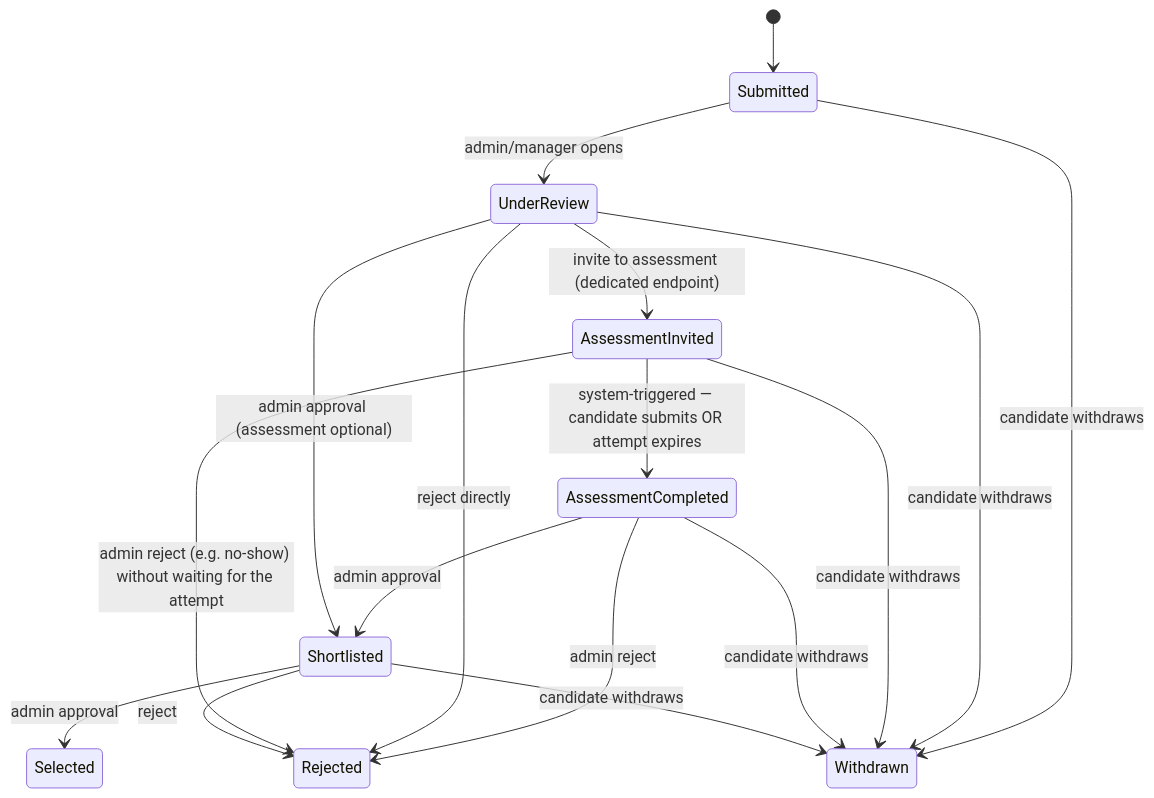
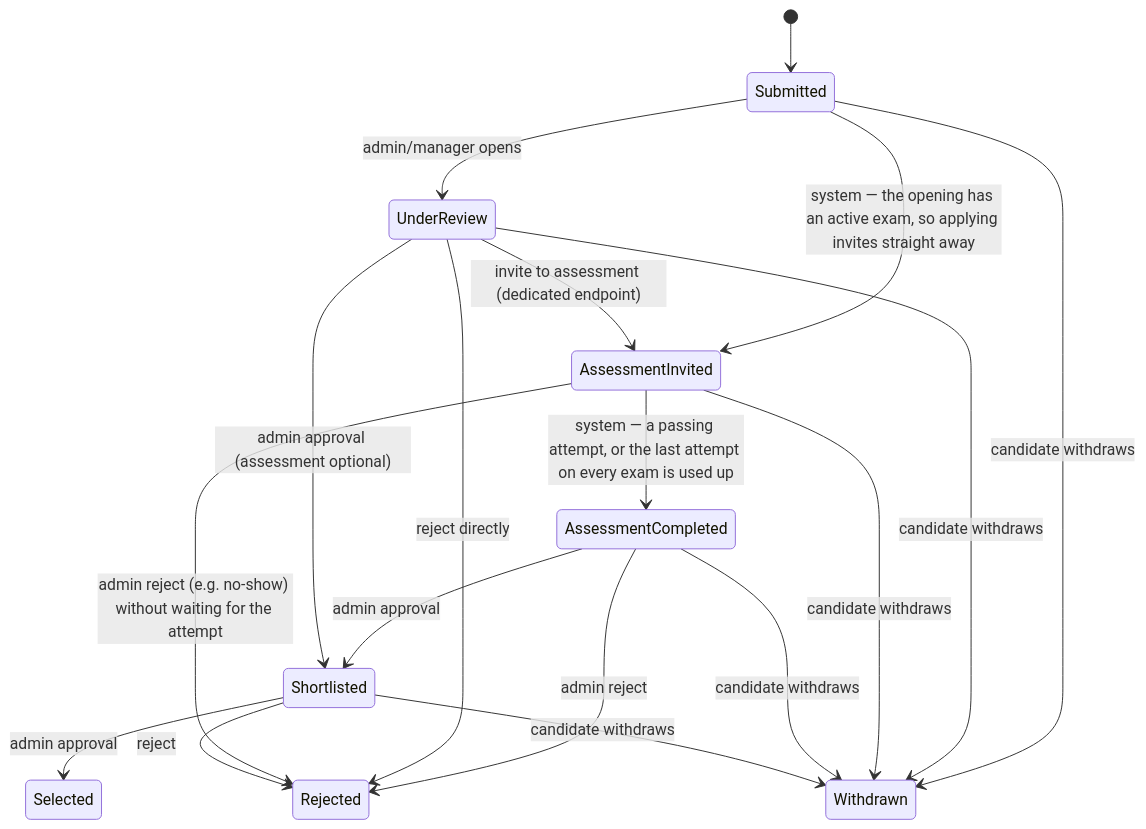
One commit to vaibhavpetkar/inveontechnologies-website changed the second of 3 diagrams in docs/state-machines.md. Above: the diagram before and after it, drawn with Mermaid. The commit also changed other lines of this file and 26 other files, not shown here.

````diff
--- a/docs/state-machines.md
+++ b/docs/state-machines.md
@@ -18,19 +18,20 @@
 ```mermaid
 stateDiagram-v2
     [*] --> Submitted
     Submitted --> UnderReview: admin/manager opens
+    Submitted --> AssessmentInvited: system — the opening has an active exam, so applying invites straight away
     UnderReview --> AssessmentInvited: invite to assessment (dedicated endpoint)
-    AssessmentInvited --> AssessmentCompleted: system-triggered — candidate submits OR attempt expires
+    AssessmentInvited --> AssessmentCompleted: system — a passing attempt, or the last attempt on every exam is used up
     AssessmentCompleted --> Shortlisted: admin approval
     AssessmentCompleted --> Rejected: admin reject
     UnderReview --> Shortlisted: admin approval (assessment optional)
     UnderReview --> Rejected: reject directly
     AssessmentInvited --> Rejected: admin reject (e.g. no-show) without waiting for the attempt
     Shortlisted --> Selected: admin approval
     Shortlisted --> Rejected: reject
     Submitted --> Withdrawn: candidate withdraws
     UnderReview --> Withdrawn: candidate withdraws
     AssessmentInvited --> Withdrawn: candidate withdraws
     AssessmentCompleted --> Withdrawn: candidate withdraws
     Shortlisted --> Withdrawn: candidate withdraws
 ```
````
